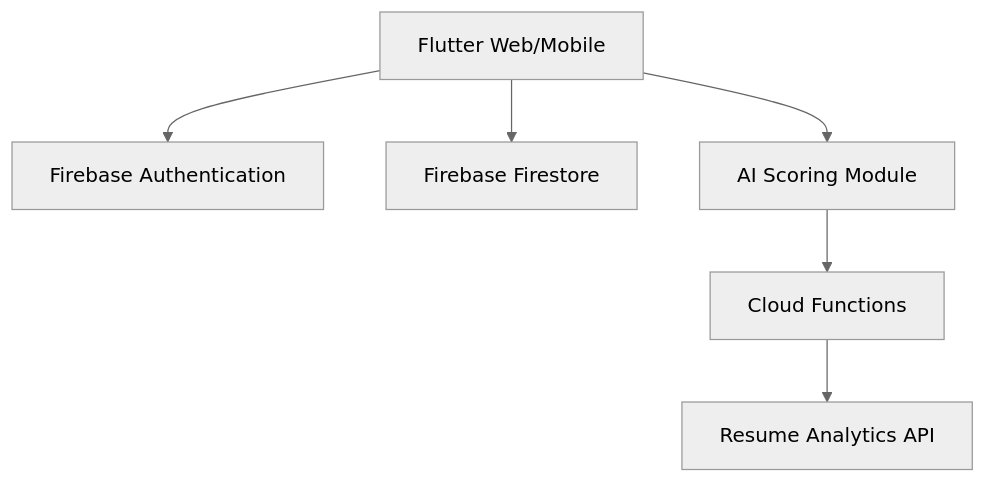
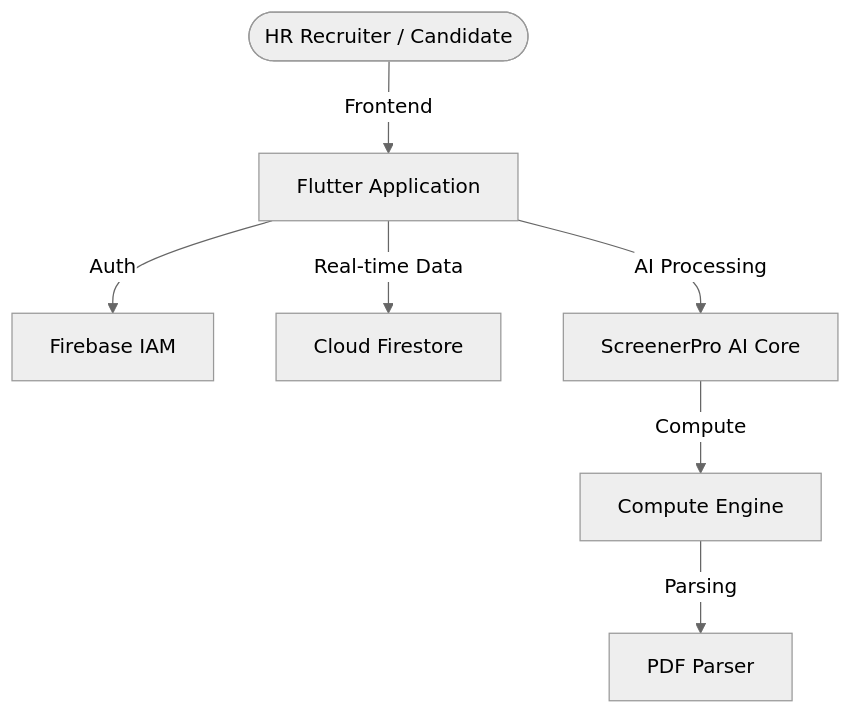
Before and after one commit to manavnagpal08/candi-flutter: the diagram in README.md, drawn with Mermaid (neutral theme). The commit also changed other lines of this file, not shown here.

````diff
--- a/README.md
+++ b/README.md
@@ -24,8 +56,9 @@
 ```mermaid
 graph TD
-    A[Flutter Web/Mobile] --> B[Firebase Authentication]
-    A --> C[Firebase Firestore]
-    A --> D[AI Scoring Module]
-    D --> E[Cloud Functions]
-    E --> F[Resume Analytics API]
+    User([HR Recruiter / Candidate]) -->|Frontend| App[Flutter Application]
+    App -->|Auth| Firebase_Auth[Firebase IAM]
+    App -->|Real-time Data| Firestore[Cloud Firestore]
+    App -->|AI Processing| AI_Engine[ScreenerPro AI Core]
+    AI_Engine -->|Compute| Cloud_Functions[Compute Engine]
+    Cloud_Functions -->|Parsing| Document_Parser[PDF Parser]
 ```
````
